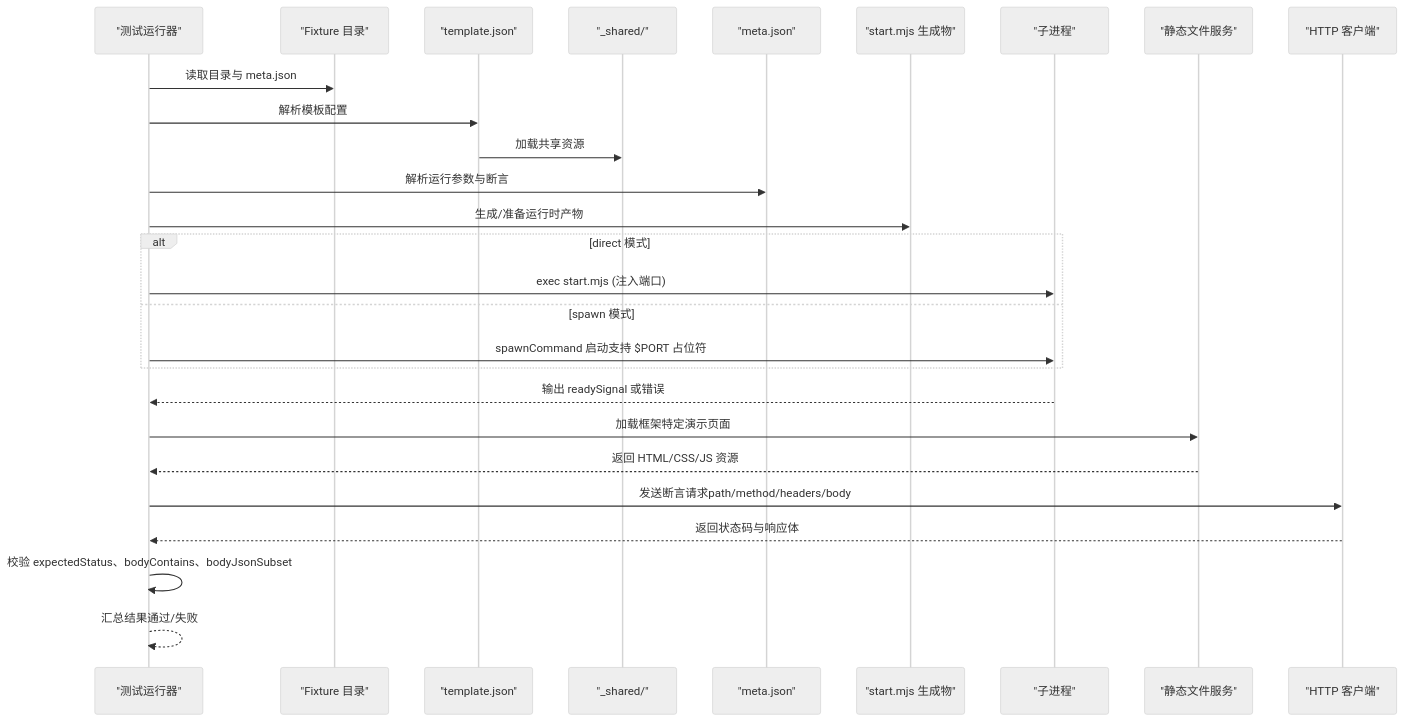
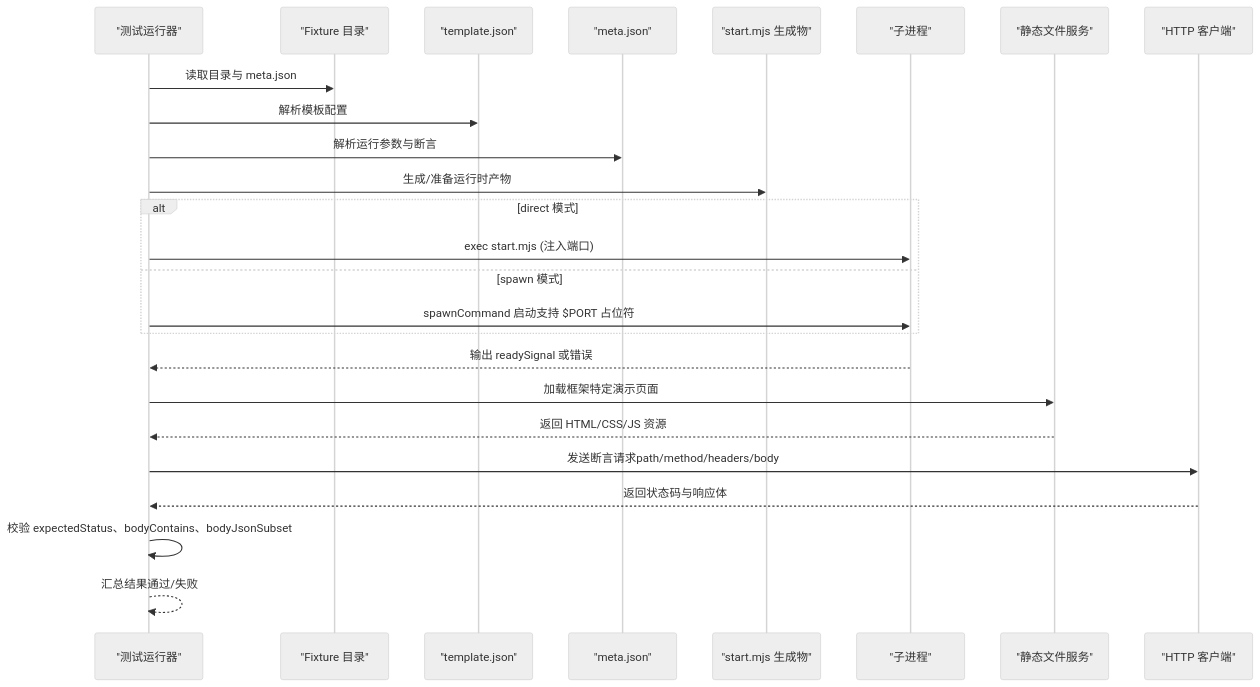
The second of 6 diagrams in .qoder/repowiki/zh/content/后端框架测试/后端框架测试套件.md (esa-sp/test-for-aone-ci), drawn with Mermaid (neutral theme) before and after one commit. The commit also changed other lines of this file and 5 other files, not shown here.

````diff
--- a/.qoder/repowiki/zh/content/后端框架测试/后端框架测试套件.md
+++ b/.qoder/repowiki/zh/content/后端框架测试/后端框架测试套件.md
@@ -192,29 +147,27 @@
 ```mermaid
 sequenceDiagram
 participant Runner as "测试运行器"
 participant Fixture as "Fixture 目录"
 participant Template as "template.json"
-participant Shared as "_shared/"
 participant Meta as "meta.json"
 participant Runtime as "start.mjs 生成物"
 participant Proc as "子进程"
 participant Static as "静态文件服务"
 participant HTTP as "HTTP 客户端"
 Runner->>Fixture : 读取目录与 meta.json
 Runner->>Template : 解析模板配置
-Template->>Shared : 加载共享资源
 Runner->>Meta : 解析运行参数与断言
 Runner->>Runtime : 生成/准备运行时产物
 alt direct 模式
 Runner->>Proc : exec start.mjs (注入端口)
 else spawn 模式
 Runner->>Proc : spawnCommand 启动支持 $PORT 占位符
 end
 Proc-->>Runner : 输出 readySignal 或错误
 Runner->>Static : 加载框架特定演示页面
 Static-->>Runner : 返回 HTML/CSS/JS 资源
 Runner->>HTTP : 发送断言请求path/method/headers/body
 HTTP-->>Runner : 返回状态码与响应体
 Runner->>Runner : 校验 expectedStatus、bodyContains、bodyJsonSubset
 Runner-->>Runner : 汇总结果通过/失败
 ```
````
